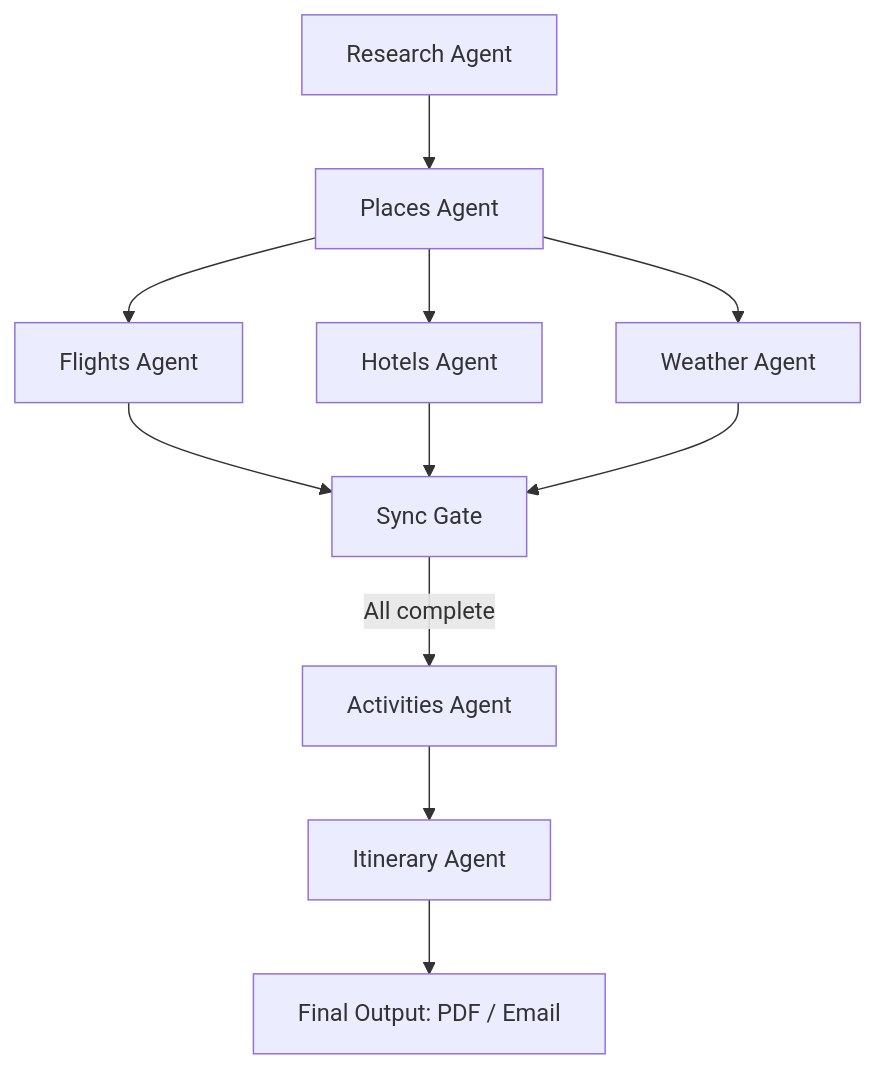
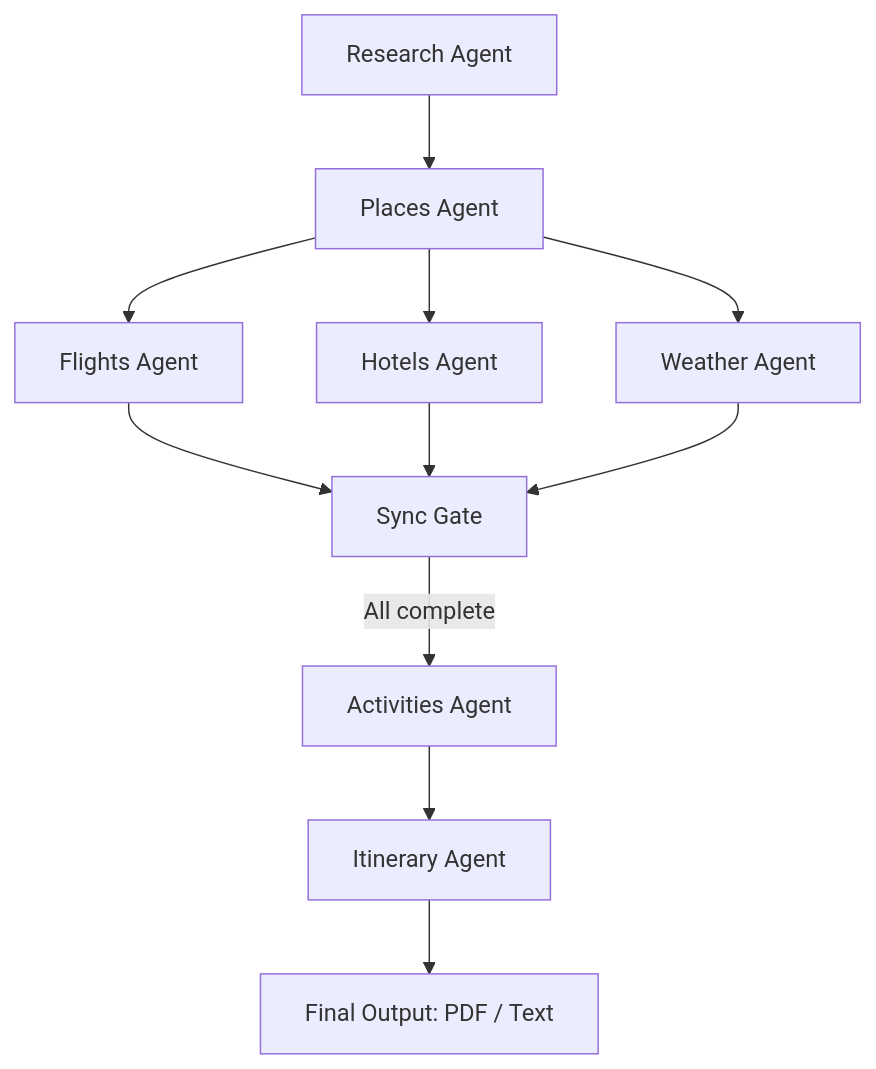
Before and after one commit to ManaswiniGupta/MultiAgent-AI-Trip-Planner: the diagram in README.md, drawn with Mermaid.

````diff
--- a/README.md
+++ b/README.md
@@ -118,15 +118,15 @@
 ```mermaid
 flowchart TD
     A[Research Agent] --> B[Places Agent]
     B --> C[Flights Agent]
     B --> D[Hotels Agent]
     B --> E[Weather Agent]
 
     C --> F[Sync Gate]
     D --> F[Sync Gate]
     E --> F[Sync Gate]
 
     F -->|All complete| G[Activities Agent]
     G --> H[Itinerary Agent]
-    H --> I[Final Output: PDF / Email]
+    H --> I[Final Output: PDF / Text]
 ```
````
